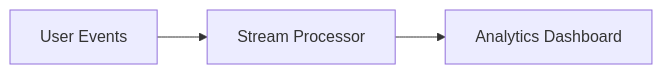
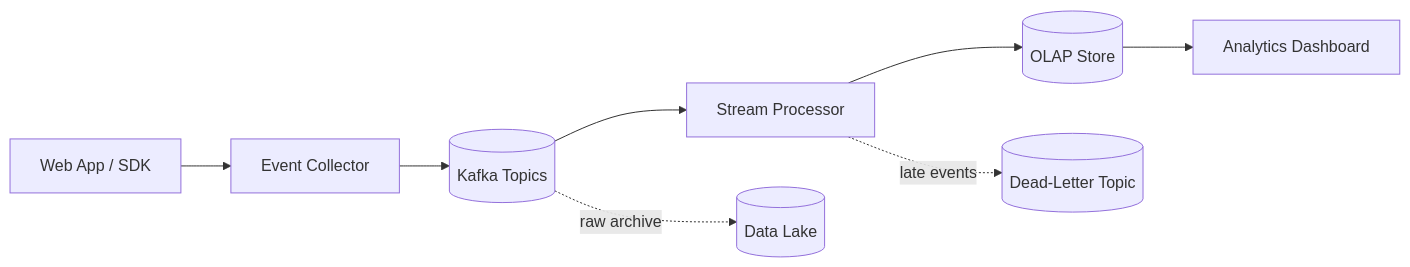
The diagram in site/content/designs/realtime-analytics.md (huangsam/systology), drawn with Mermaid before and after one commit. The commit also changed other lines of this file, not shown here.

Commit message:
Implement realtime-analytics.md

```diff
--- a/site/content/designs/realtime-analytics.md
+++ b/site/content/designs/realtime-analytics.md
@@ -22,5 +22,10 @@
 {{< mermaid >}}
 graph LR
-  Events[User Events] --> Processor[Stream Processor]
-  Processor --> Dashboard[Analytics Dashboard]
+  App[Web App / SDK] --> Collector[Event Collector]
+  Collector --> Kafka[(Kafka Topics)]
+  Kafka --> StreamProc[Stream Processor]
+  StreamProc --> OLAP[(OLAP Store)]
+  OLAP --> Dashboard[Analytics Dashboard]
+  StreamProc -.->|late events| DLQ[(Dead-Letter Topic)]
+  Kafka -.->|raw archive| Lake[(Data Lake)]
 {{< /mermaid >}}
```
